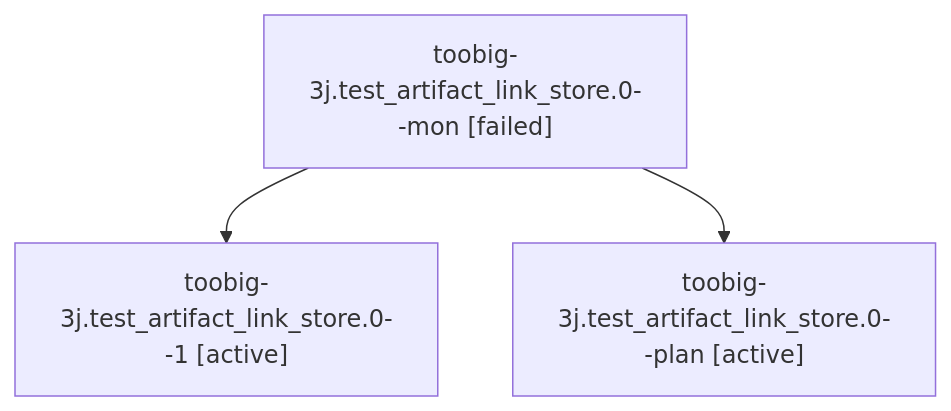
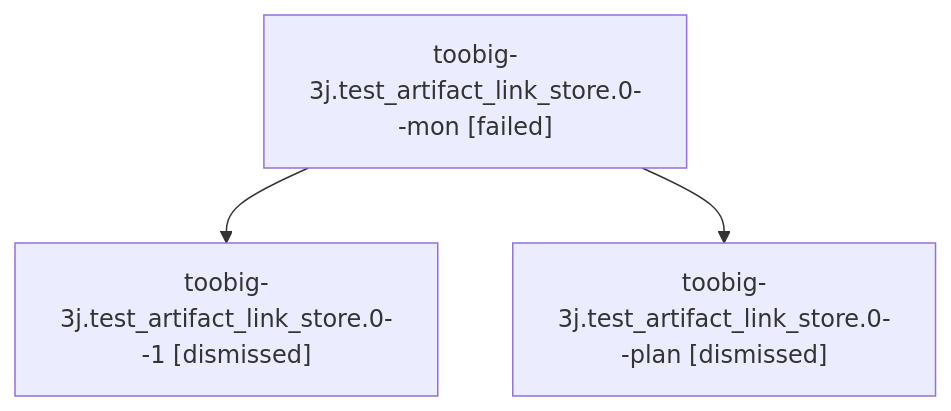
Before and after one commit to sase-org/sase--agents: the diagram in sessions/bbugyi200.athena.toobig-3j.test_artifact_link_store.0.md, drawn with Mermaid. The commit also changed other lines of this file and 138 other files, not shown here.

````diff
--- a/sessions/bbugyi200.athena.toobig-3j.test_artifact_link_store.0.md
+++ b/sessions/bbugyi200.athena.toobig-3j.test_artifact_link_store.0.md
@@ -9,8 +9,8 @@
 ```mermaid
 flowchart TD
   n0["toobig-3j.test_artifact_link_store.0--mon [failed]"]
-  n1["toobig-3j.test_artifact_link_store.0--1 [active]"]
+  n1["toobig-3j.test_artifact_link_store.0--1 [dismissed]"]
   n0 --> n1
-  n2["toobig-3j.test_artifact_link_store.0--plan [active]"]
+  n2["toobig-3j.test_artifact_link_store.0--plan [dismissed]"]
   n0 --> n2
 ```
````
